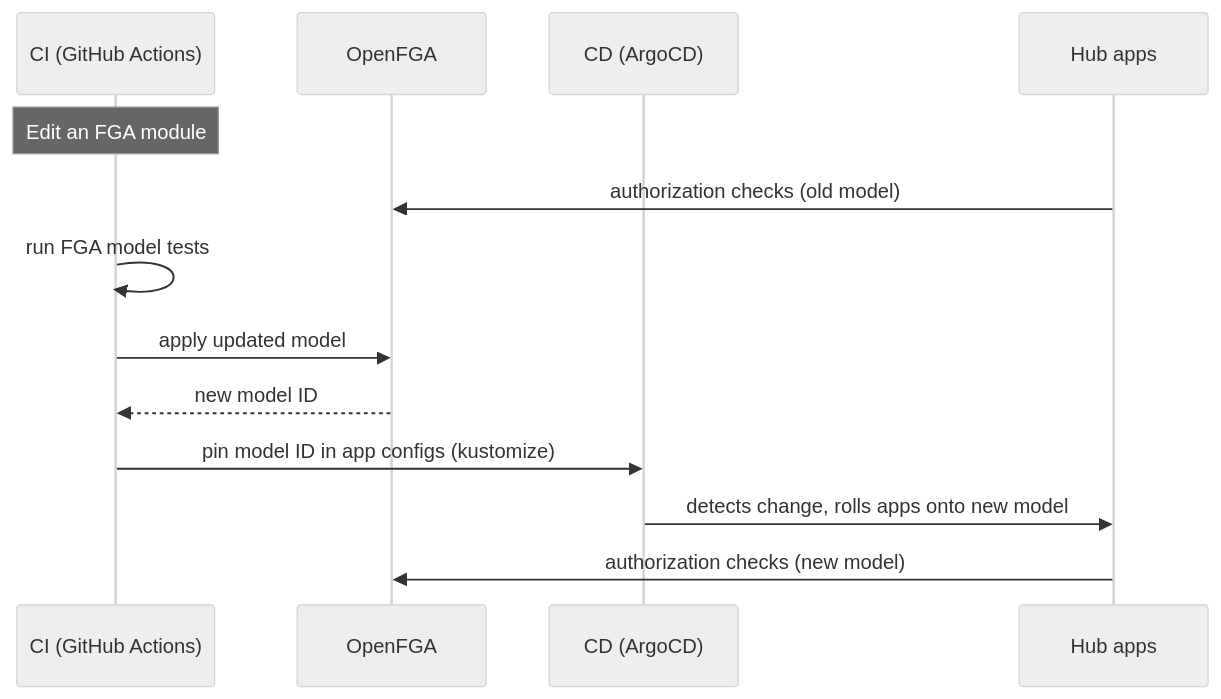
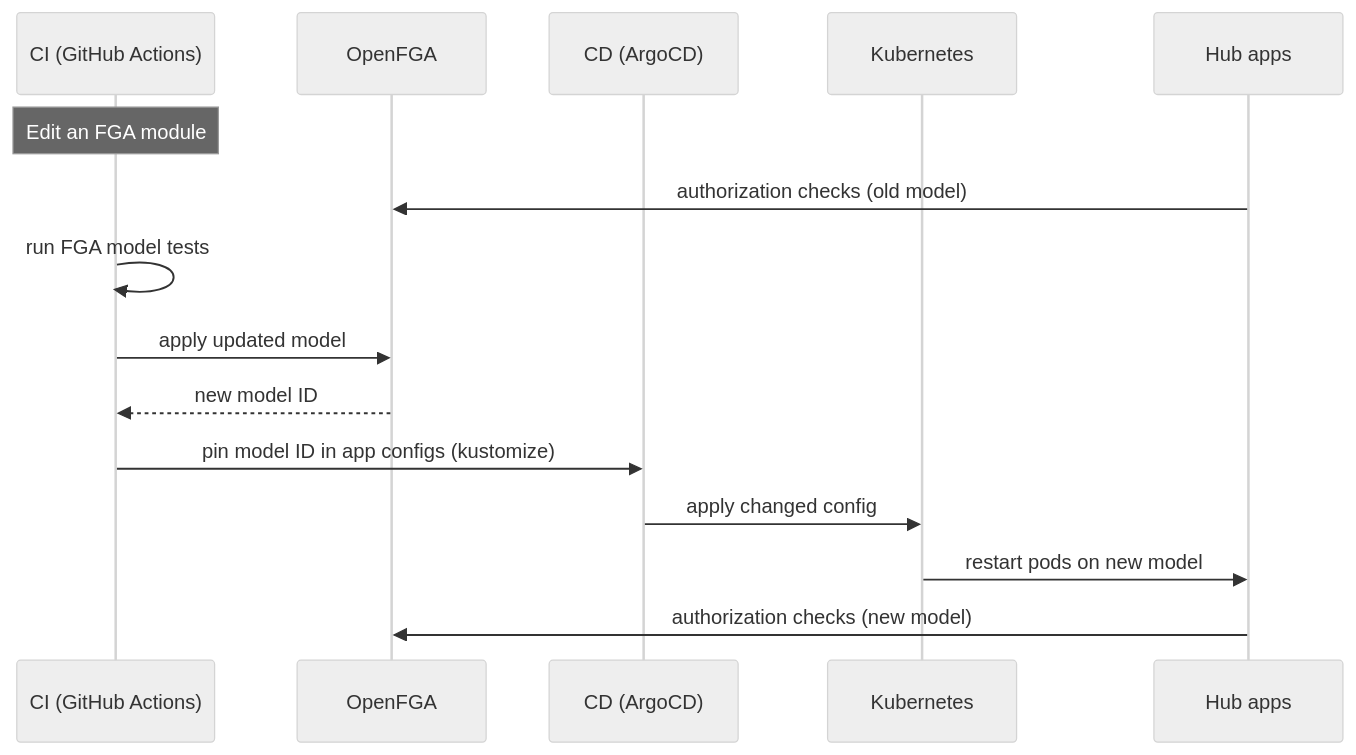
Before and after one commit to leahein/fga-talk: the diagram in slides.md, drawn with Mermaid (neutral theme). The commit also changed other lines of this file and 1 other file, not shown here.

````diff
--- a/slides.md
+++ b/slides.md
@@ -177,16 +180,18 @@
 ```mermaid
 sequenceDiagram
     participant CI as CI (GitHub Actions)
     participant FGA as OpenFGA
     participant CD as CD (ArgoCD)
+    participant K8s as Kubernetes
     participant App as Hub apps
 
     Note over CI: Edit an FGA module
     App->>FGA: authorization checks (old model)
     CI->>CI: run FGA model tests
     CI->>FGA: apply updated model
     FGA-->>CI: new model ID
     CI->>CD: pin model ID in app configs (kustomize)
-    CD->>App: detects change, rolls apps onto new model
+    CD->>K8s: apply changed config
+    K8s->>App: restart pods on new model
     App->>FGA: authorization checks (new model)
 ```
````
